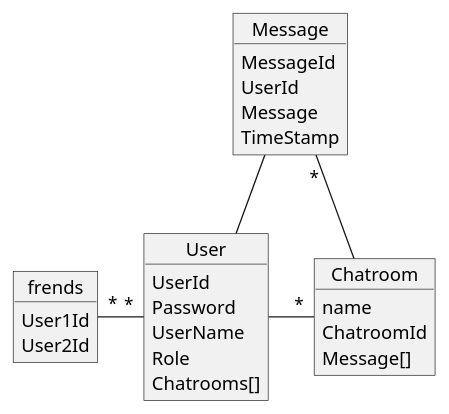
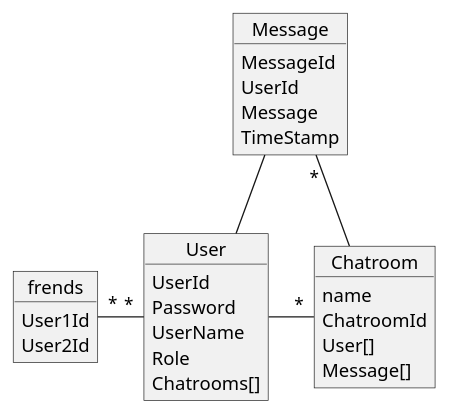
Before and after one commit to kompost/spac_uge-10: the diagram in Docs/ERD.puml, drawn with PlantUML. The commit also changed 4 other files, not shown here.

```diff
--- a/Docs/ERD.puml
+++ b/Docs/ERD.puml
@@ -1,31 +1,32 @@
 @startuml
 object User {
     UserId
     Password
     UserName
     Role
     Chatrooms[]
 }
 object frends {
     User1Id
     User2Id
 }
 
 object Chatroom {
     name
     ChatroomId
+    User[]
     Message[]
 }
 
 object Message {
     MessageId
     UserId
     Message
     TimeStamp
 }
 
 User - "*" Chatroom
 Message -- User
 Message "*"-- Chatroom
 frends "*"-"*" User
 @enduml
```
